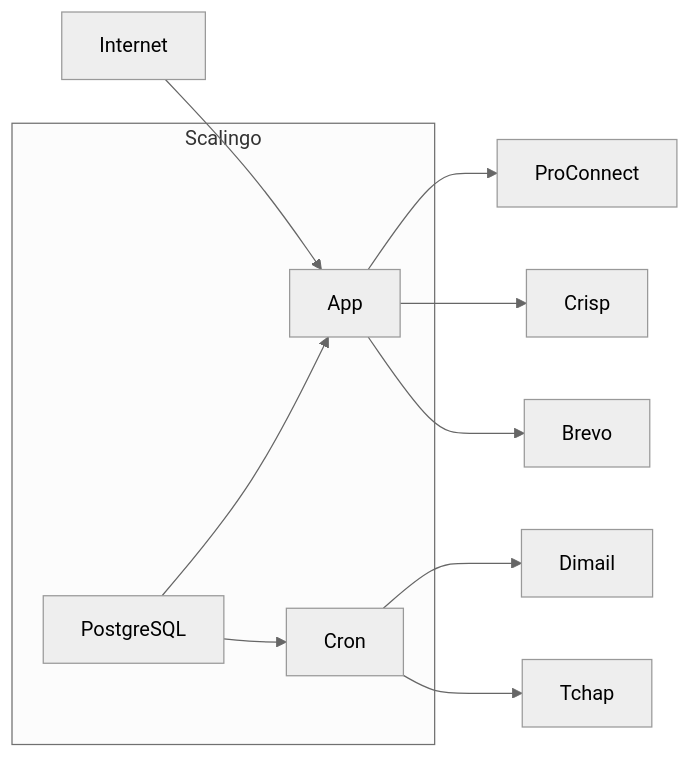
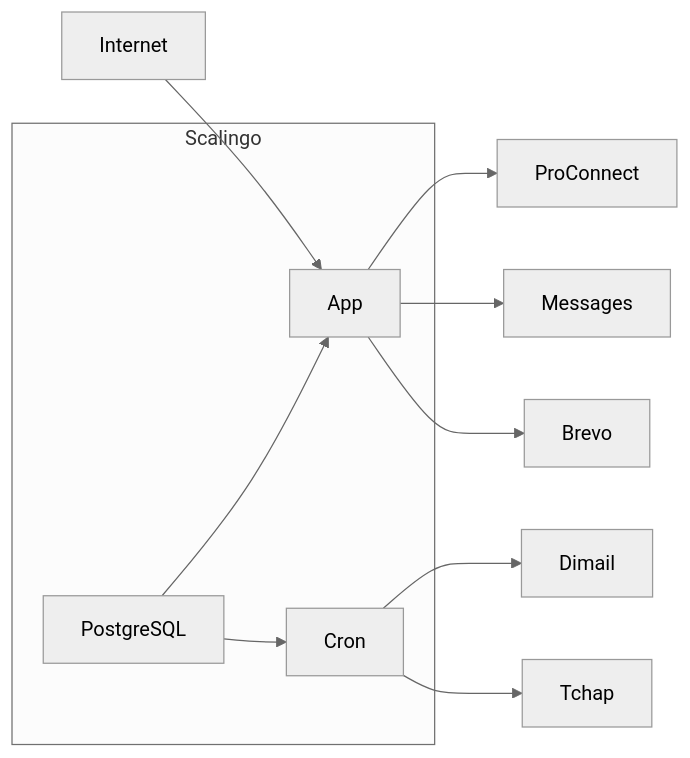
One commit to betagouv/gitscan changed the second of 2 diagrams in repos/betagouv/espace-membre-next/README.md. Above: the diagram before and after it, drawn with Mermaid (neutral theme). The commit also changed 6 other files, not shown here.

````diff
--- a/repos/betagouv/espace-membre-next/README.md
+++ b/repos/betagouv/espace-membre-next/README.md
@@ -331,17 +331,17 @@
 ```mermaid
 graph LR
 
 Internet-->App
 
 subgraph Scalingo
 PostgreSQL-->App
 PostgreSQL-->Cron
 end
 
 App-->ProConnect
-App-->Crisp
+App-->Messages
 App-->Brevo
 
 Cron-->Dimail
 Cron-->Tchap
 ```
````
